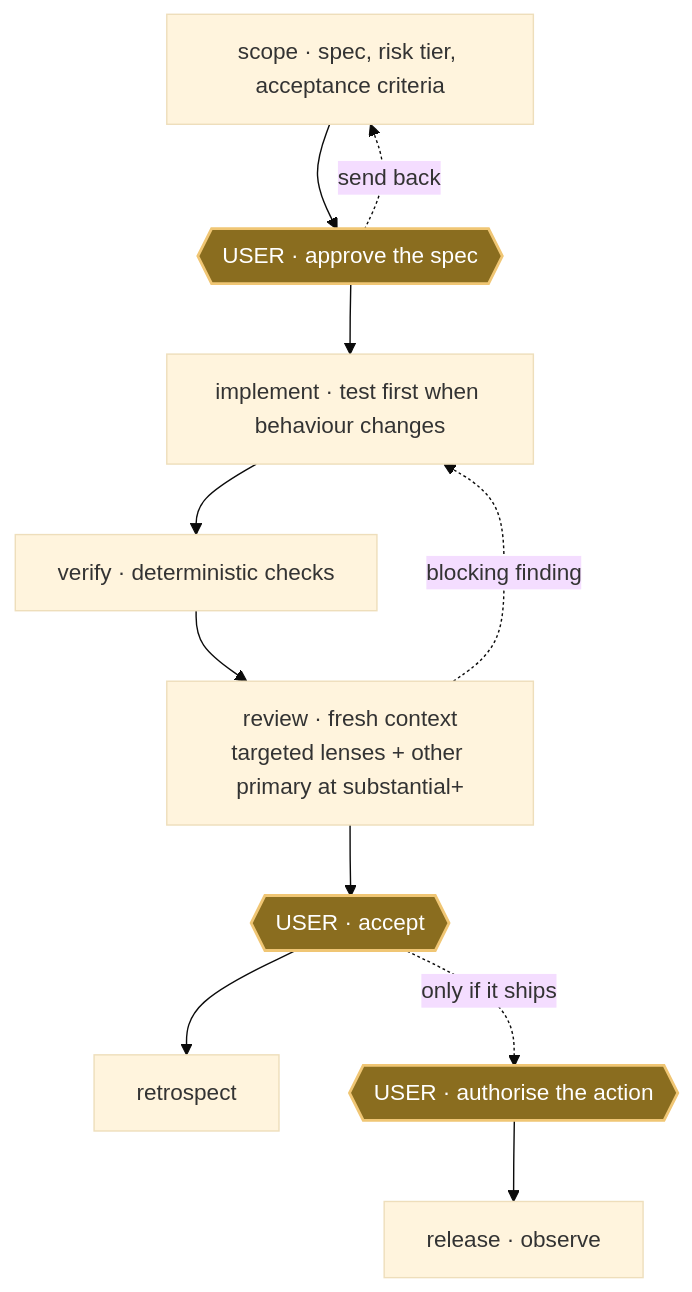
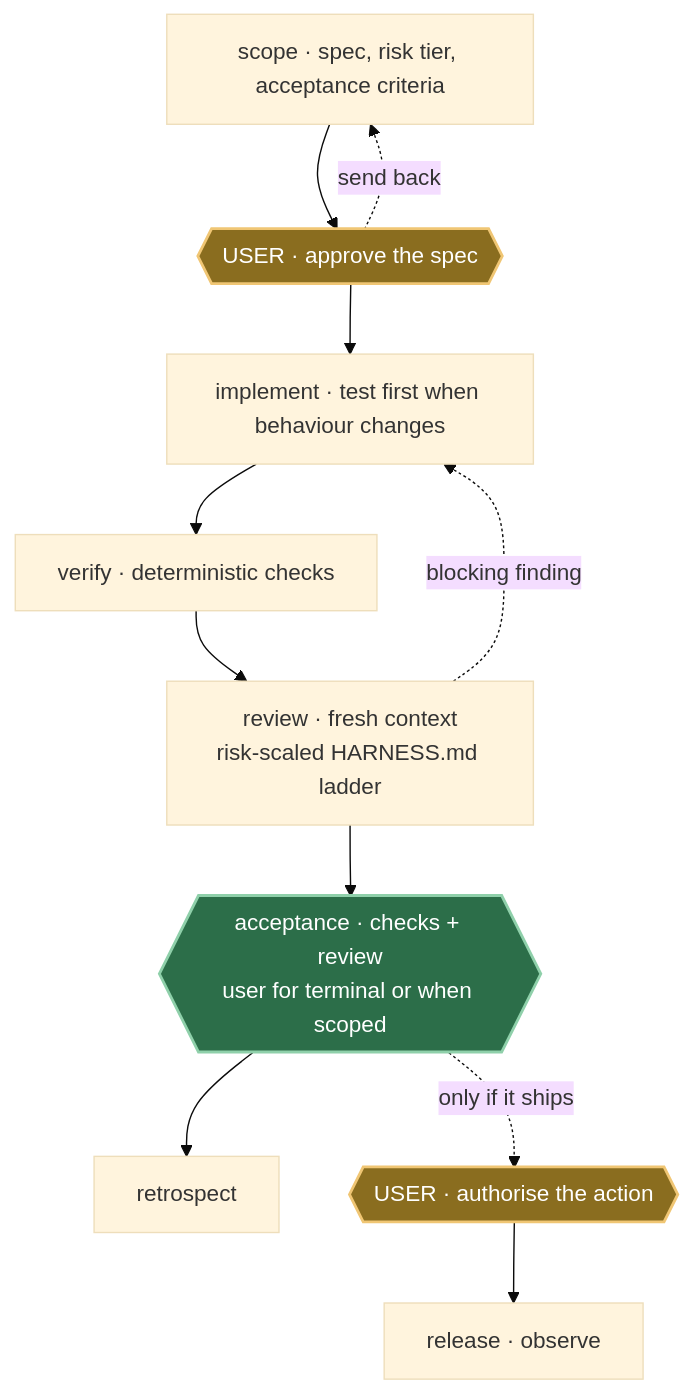
One commit to mblauberg/provenant changed the second of 2 diagrams in README.md. Above: the diagram before and after it, drawn with Mermaid (base theme). The commit also changed other lines of this file and 17 other files, not shown here.

Commit message:
fix: align review ladder with harness constitution

````diff
--- a/README.md
+++ b/README.md
@@ -227,18 +231,20 @@
 ```mermaid
 flowchart TB
-    accTitle: The delivery loop and its three user gates
-    accDescr: After a session sets up clean context, the deliver kernel runs the loop top to bottom: scope writes the specification and risk tier, a user gate approves it, implement writes the test first whenever observable behaviour changes, verify runs deterministic checks, and review reads the work in a fresh context that never wrote it, using targeted lenses plus the other primary from the substantial tier up. Two dotted edges return: the approval gate sends the plan back to scope, and a blocking review finding sends the work back to implement for a bounded repair. A user gate then accepts, leading to retrospect and the next cycle. Release and observe sit outside the loop, behind a third user gate that authorises the external action.
+    accTitle: The delivery loop and user gates
+    accDescr: After a session sets up clean context, the deliver kernel runs the loop top to bottom: scope writes the specification and risk tier, a user gate approves it, implement writes the test first whenever observable behaviour changes, verify runs deterministic checks, and review reads the work in a fresh context that never wrote it, using the risk-scaled HARNESS.md Review ladder. Two dotted edges return: the approval gate sends the plan back to scope, and a blocking review finding sends the work back to implement for a bounded repair. Acceptance follows objective checks and the required review, with explicit user acceptance for terminal work or when scope requires it, leading to retrospect and the next cycle. Release and observe sit outside the loop, behind a separate user gate that authorises the external action.
     SC["scope · spec, risk tier, acceptance criteria"] --> G1{{"USER · approve the spec"}}
     G1 -. "send back" .-> SC
     G1 --> IM["implement · test first when behaviour changes"]
     IM --> VF["verify · deterministic checks"]
-    VF --> RV["review · fresh context<br/>targeted lenses + other primary at substantial+"]
+    VF --> RV["review · fresh context<br/>risk-scaled HARNESS.md ladder"]
     RV -. "blocking finding" .-> IM
-    RV --> G2{{"USER · accept"}}
+    RV --> G2{{"acceptance · checks + review<br/>user for terminal or when scoped"}}
     G2 --> RT["retrospect"]
     G2 -. "only if it ships" .-> G3{{"USER · authorise the action"}}
     G3 --> RL["release · observe"]
 
     classDef gate fill:#8a6d1f,stroke:#f0c674,color:#ffffff,stroke-width:2px
-    class G1,G2,G3 gate
+    classDef acceptance fill:#2c6e49,stroke:#8fd0aa,color:#ffffff,stroke-width:2px
+    class G1,G3 gate
+    class G2 acceptance
 ```
````
